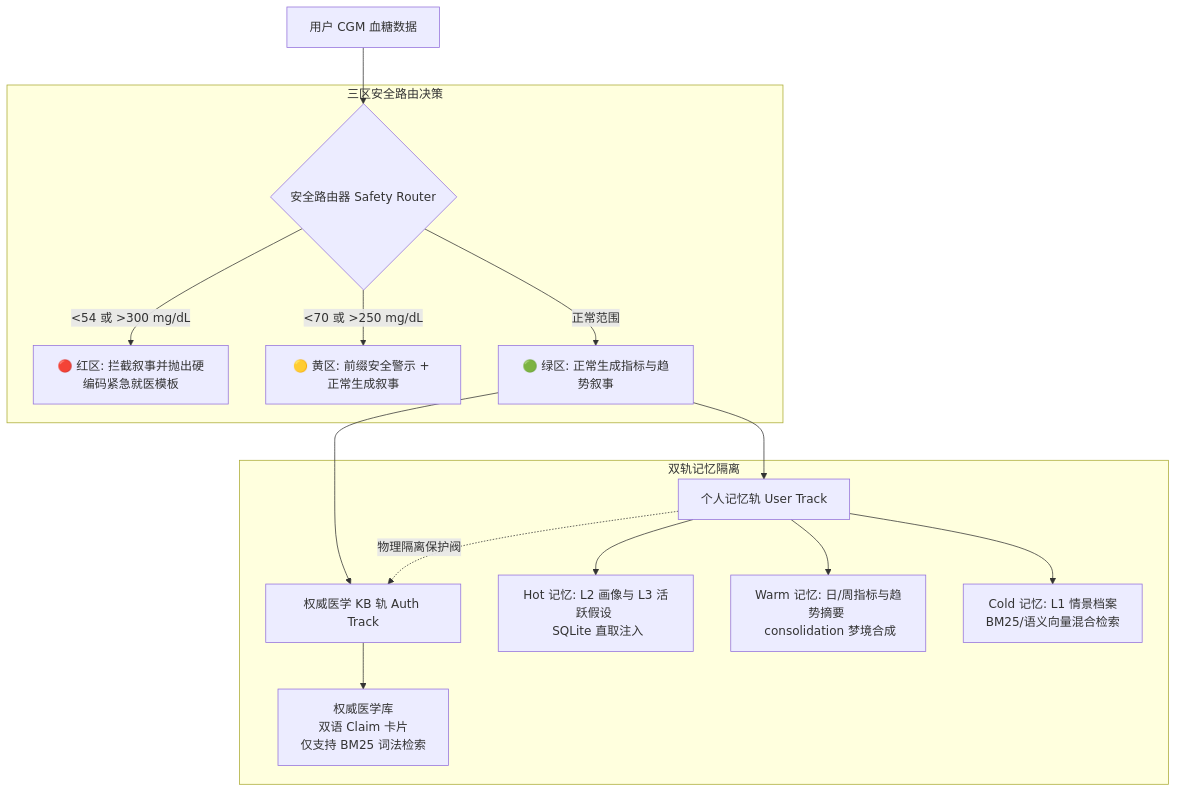
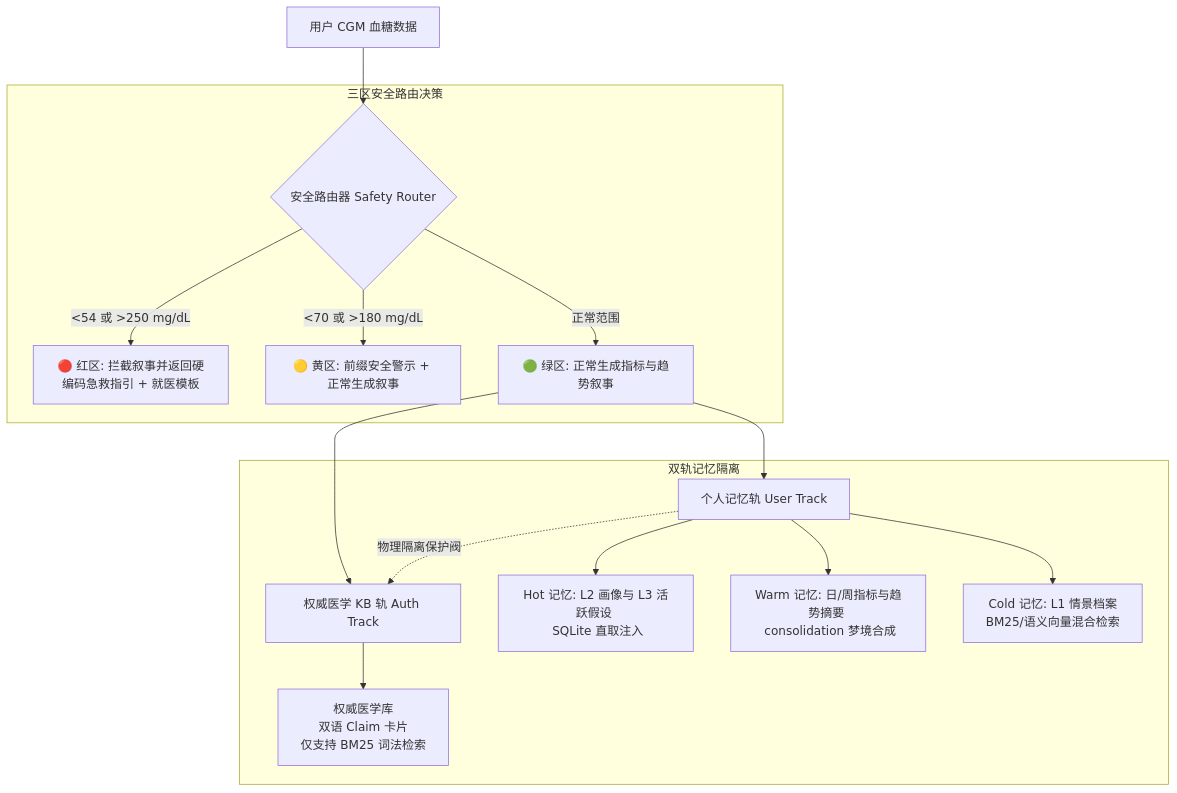
Before and after one commit to yichi2077/CGM-Agent: the diagram in README.md, drawn with Mermaid. The commit also changed other lines of this file and 18 other files, not shown here.

````diff
--- a/README.md
+++ b/README.md
@@ -40,23 +40,23 @@
 ```mermaid
 graph TD
     Data[用户 CGM 血糖数据] --> Router{安全路由器 Safety Router}
     
     subgraph "三区安全路由决策"
-        Router -->|"<54 或 >300 mg/dL"| Red[🔴 红区: 拦截叙事并抛出硬编码紧急就医模板]
-        Router -->|"<70 或 >250 mg/dL"| Yellow[🟡 黄区: 前缀安全警示 + 正常生成叙事]
+        Router -->|"<54 或 >250 mg/dL"| Red[🔴 红区: 拦截叙事并返回硬编码急救指引 + 就医模板]
+        Router -->|"<70 或 >180 mg/dL"| Yellow[🟡 黄区: 前缀安全警示 + 正常生成叙事]
         Router -->|正常范围| Green[🟢 绿区: 正常生成指标与趋势叙事]
     end
 
     subgraph "双轨记忆隔离"
         Green --> UserTrack[个人记忆轨 User Track]
         Green --> AuthTrack[权威医学 KB 轨 Auth Track]
         
         UserTrack --> Hot[Hot 记忆: L2 画像与 L3 活跃假设 <br> SQLite 直取注入]
         UserTrack --> Warm[Warm 记忆: 日/周指标与趋势摘要 <br> consolidation 梦境合成]
         UserTrack --> Cold[Cold 记忆: L1 情景档案 <br> BM25/语义向量混合检索]
         
         AuthTrack --> KB[权威医学库 <br> 双语 Claim 卡片 <br> 仅支持 BM25 词法检索]
         
         UserTrack -.->|物理隔离保护阀| AuthTrack
     end
 ```
````
